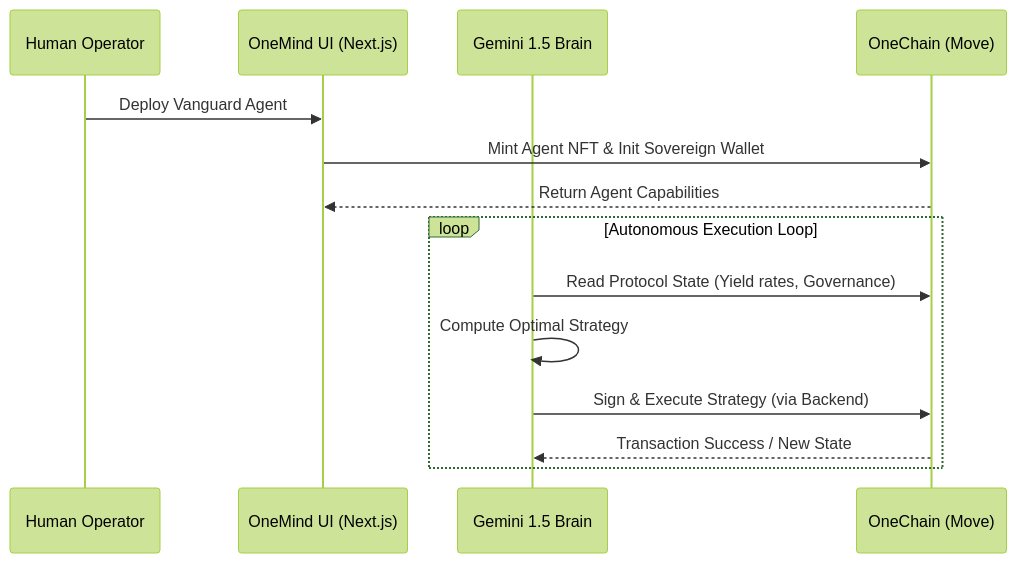
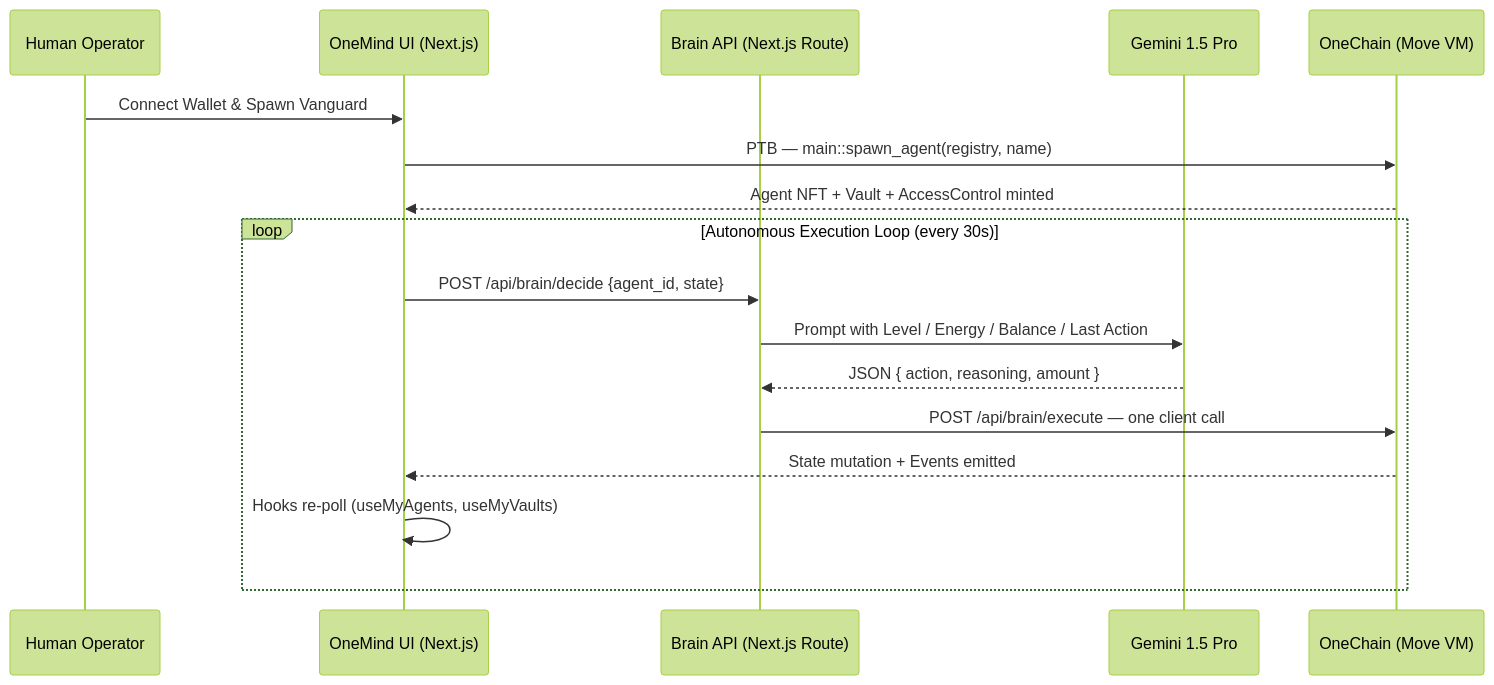
Before and after one commit to Aaditya1273/OneMInd: the first of 3 diagrams in README.md, drawn with Mermaid (forest theme). The commit also changed other lines of this file and 2 other files, not shown here.

````diff
--- a/README.md
+++ b/README.md
@@ -60,18 +72,21 @@
 ```mermaid
 sequenceDiagram
     participant User as Human Operator
-    participant Front as OneMind UI (Next.js)
-    participant AI as Gemini 1.5 Brain
-    participant Chain as OneChain (Move)
+    participant UI as OneMind UI (Next.js)
+    participant API as Brain API (Next.js Route)
+    participant AI as Gemini 1.5 Pro
+    participant Chain as OneChain (Move VM)
 
-    User->>Front: Deploy Vanguard Agent
-    Front->>Chain: Mint Agent NFT & Init Sovereign Wallet
-    Chain-->>Front: Return Agent Capabilities
-    
-    loop Autonomous Execution Loop
-        AI->>Chain: Read Protocol State (Yield rates, Governance)
-        AI->>AI: Compute Optimal Strategy
-        AI->>Chain: Sign & Execute Strategy (via Backend)
-        Chain-->>AI: Transaction Success / New State
+    User->>UI: Connect Wallet & Spawn Vanguard
+    UI->>Chain: PTB — main::spawn_agent(registry, name)
+    Chain-->>UI: Agent NFT + Vault + AccessControl minted
+
+    loop Autonomous Execution Loop (every 30s)
+        UI->>API: POST /api/brain/decide {agent_id, state}
+        API->>AI: Prompt with Level / Energy / Balance / Last Action
+        AI-->>API: JSON { action, reasoning, amount }
+        API->>Chain: POST /api/brain/execute — one client call
+        Chain-->>UI: State mutation + Events emitted
+        UI->>UI: Hooks re-poll (useMyAgents, useMyVaults)
     end
 ```
````
